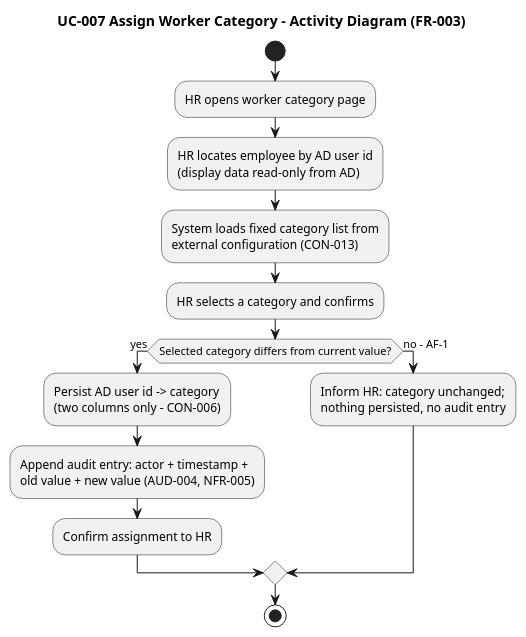
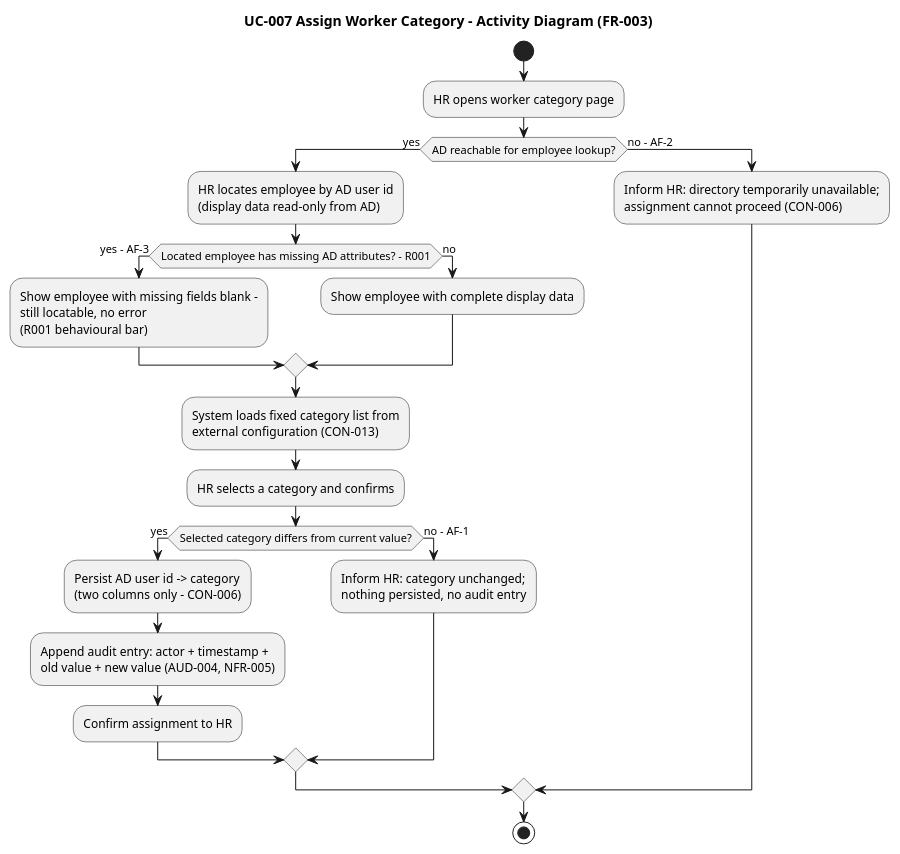
The eighth of 15 diagrams in docs/artifacts/requirements/use-case-model.md (banense-test/employee-portal), drawn with PlantUML before and after one commit. The commit also changed other lines of this file, not shown here.

````diff
--- a/docs/artifacts/requirements/use-case-model.md
+++ b/docs/artifacts/requirements/use-case-model.md
@@ -533,18 +544,27 @@
 ```plantuml
 @startuml
 title UC-007 Assign Worker Category - Activity Diagram (FR-003)
 start
 :HR opens worker category page;
-:HR locates employee by AD user id\n(display data read-only from AD);
-:System loads fixed category list from\nexternal configuration (CON-013);
-:HR selects a category and confirms;
-if (Selected category differs from current value?) then (yes)
-  :Persist AD user id -> category\n(two columns only - CON-006);
-  :Append audit entry: actor + timestamp +\nold value + new value (AUD-004, NFR-005);
-  :Confirm assignment to HR;
-else (no - AF-1)
-  :Inform HR: category unchanged;\nnothing persisted, no audit entry;
+if (AD reachable for employee lookup?) then (yes)
+  :HR locates employee by AD user id\n(display data read-only from AD);
+  if (Located employee has missing AD attributes? - R001) then (yes - AF-3)
+    :Show employee with missing fields blank -\nstill locatable, no error\n(R001 behavioural bar);
+  else (no)
+    :Show employee with complete display data;
+  endif
+  :System loads fixed category list from\nexternal configuration (CON-013);
+  :HR selects a category and confirms;
+  if (Selected category differs from current value?) then (yes)
+    :Persist AD user id -> category\n(two columns only - CON-006);
+    :Append audit entry: actor + timestamp +\nold value + new value (AUD-004, NFR-005);
+    :Confirm assignment to HR;
+  else (no - AF-1)
+    :Inform HR: category unchanged;\nnothing persisted, no audit entry;
+  endif
+else (no - AF-2)
+  :Inform HR: directory temporarily unavailable;\nassignment cannot proceed (CON-006);
 endif
 stop
 @enduml
 ```
````
